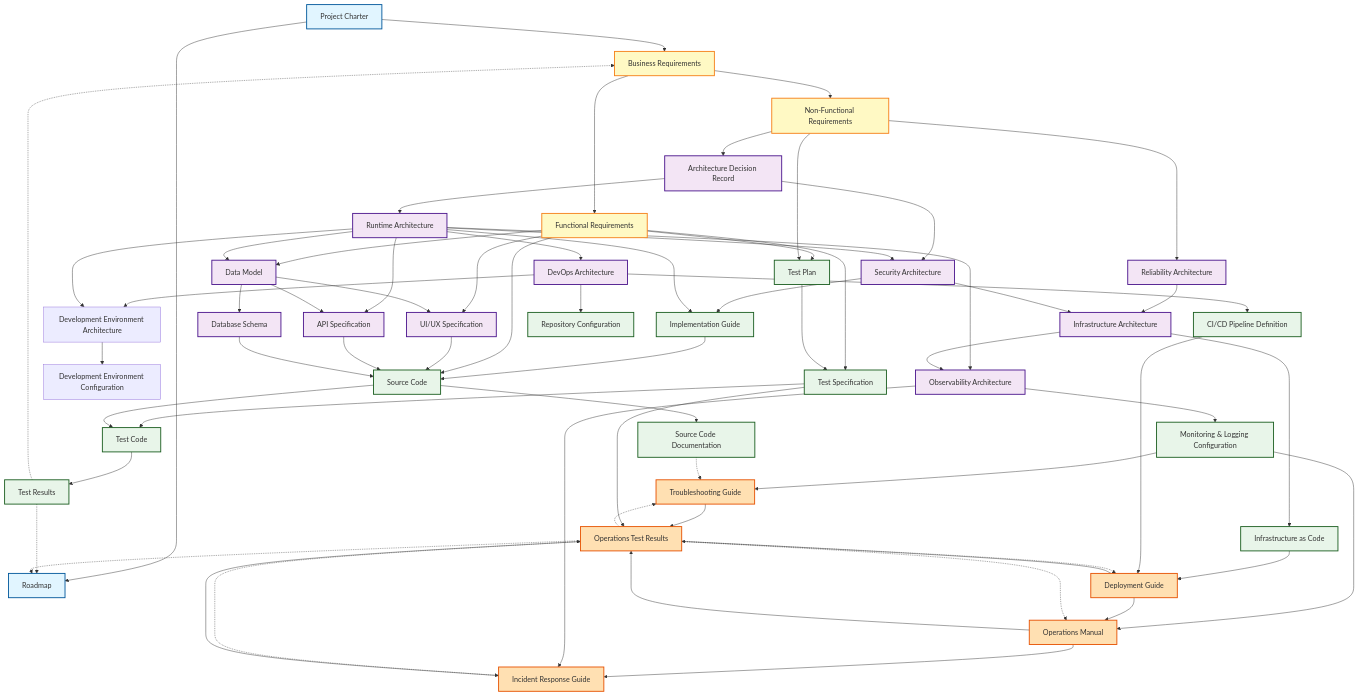
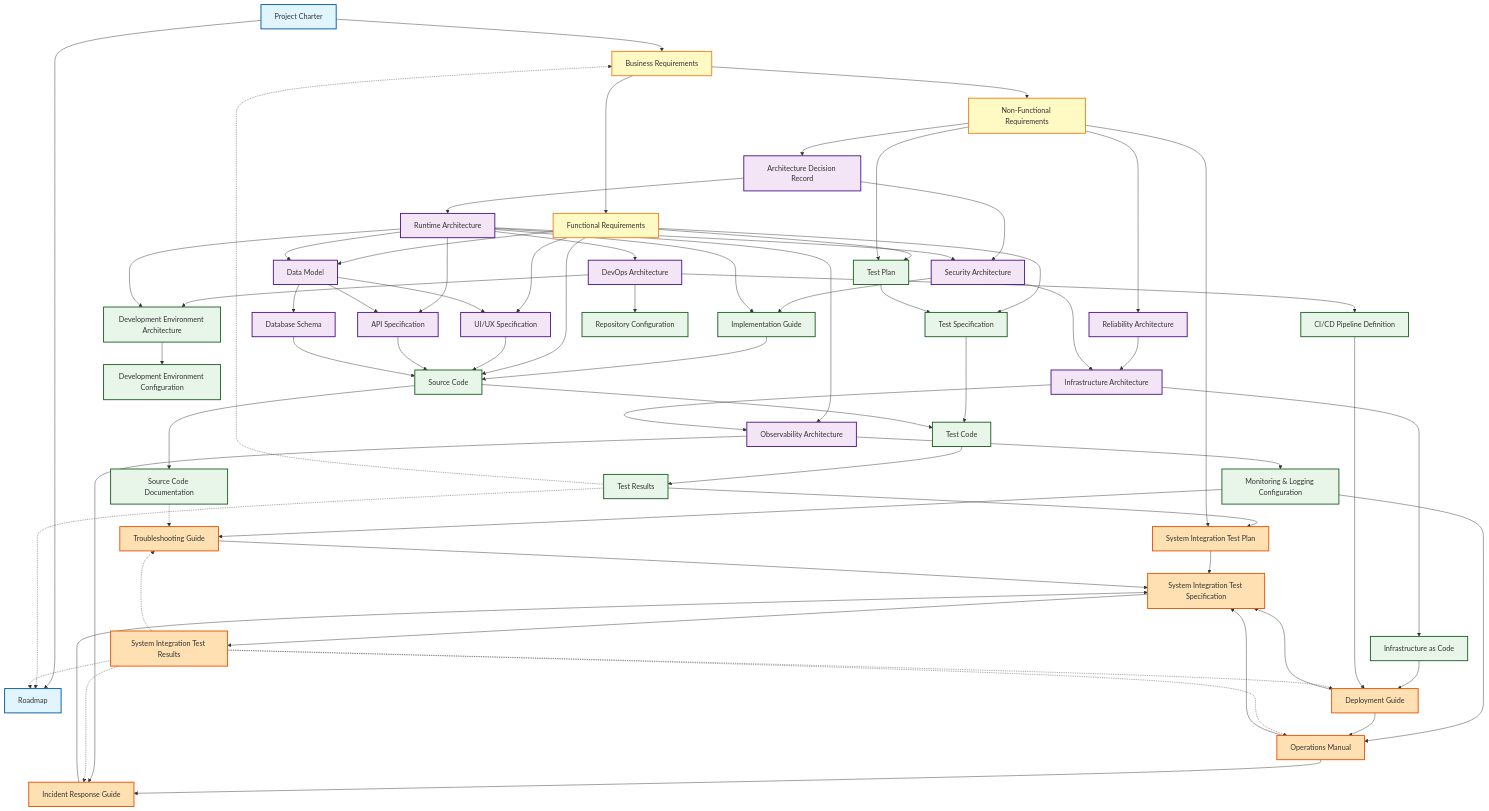
The second of 3 diagrams in specs/artifact-taxonomy.md (mahitotsu/ukiyoue), drawn with Mermaid before and after one commit. The commit also changed other lines of this file, not shown here.

First line of the commit message:
refactor: 運用テストをSystem Integration Testプロセスに再設計

````diff
--- a/specs/artifact-taxonomy.md
+++ b/specs/artifact-taxonomy.md
@@ -712,12 +748,14 @@
     TestResults[Test Results]
     SrcDoc[Source Code Documentation]
 
-    %% Layer 5: Operations
+    %% Layer 5: Operations & Integration Test
     DeployGuide[Deployment Guide]
     OpsManual[Operations Manual]
     IncidentGuide[Incident Response Guide]
     TroubleshootGuide[Troubleshooting Guide]
-    OpsTestResult[Operations Test Results]
+    SITPlan[System Integration Test Plan]
+    SITSpec[System Integration Test Specification]
+    SITResult[System Integration Test Results]
 
     %% Project Management Flow
     Charter --> Roadmap
@@ -802,21 +840,24 @@
     OpsManual --> IncidentGuide
     ObservabilityArch --> IncidentGuide
 
-    %% Layer 5 to Operations Test Results (new feedback loop)
-    DeployGuide --> OpsTestResult
-    OpsManual --> OpsTestResult
-    IncidentGuide --> OpsTestResult
-    TroubleshootGuide --> OpsTestResult
-    TestSpec --> OpsTestResult
+    %% System Integration Test Flow (Layer 5)
+    TestResults --> SITPlan
+    NonFuncReq --> SITPlan
+    SITPlan --> SITSpec
+    DeployGuide --> SITSpec
+    OpsManual --> SITSpec
+    IncidentGuide --> SITSpec
+    TroubleshootGuide --> SITSpec
+    SITSpec --> SITResult
 
     %% Cross-cutting Dependencies (dotted lines)
     TestResults -.-> Roadmap
     TestResults -.-> BizReq
-    OpsTestResult -.-> DeployGuide
-    OpsTestResult -.-> OpsManual
-    OpsTestResult -.-> IncidentGuide
-    OpsTestResult -.-> TroubleshootGuide
-    OpsTestResult -.-> Roadmap
+    SITResult -.-> DeployGuide
+    SITResult -.-> OpsManual
+    SITResult -.-> IncidentGuide
+    SITResult -.-> TroubleshootGuide
+    SITResult -.-> Roadmap
     SrcDoc -.-> TroubleshootGuide
 
     %% Styling
@@ -829,7 +870,6 @@
     class Charter,Roadmap layer1
     class BizReq,FuncReq,NonFuncReq layer2
     class ADR,RuntimeArch,DataModel,UIUX,API,DBSchema,SecArch,ReliabilityArch,InfraArch,ObservabilityArch,DevOpsArch layer3
-    class ImplGuide,IaC,PipelineDef,RepoConfig,MonitoringConfig,TestPlan,TestSpec,SrcCode,TestCode,TestResults,SrcDoc layer4
-    class DeployGuide,OpsManual,IncidentGuide,TroubleshootGuide,OpsTestResult layer5
-    class DeployGuide,OpsManual,IncidentGuide,TroubleshootGuide layer5
+    class ImplGuide,IaC,PipelineDef,RepoConfig,MonitoringConfig,TestPlan,TestSpec,SrcCode,TestCode,TestResults,SrcDoc,DevEnvArch,DevEnvConfig layer4
+    class DeployGuide,OpsManual,IncidentGuide,TroubleshootGuide,SITPlan,SITSpec,SITResult layer5
 ```
````
